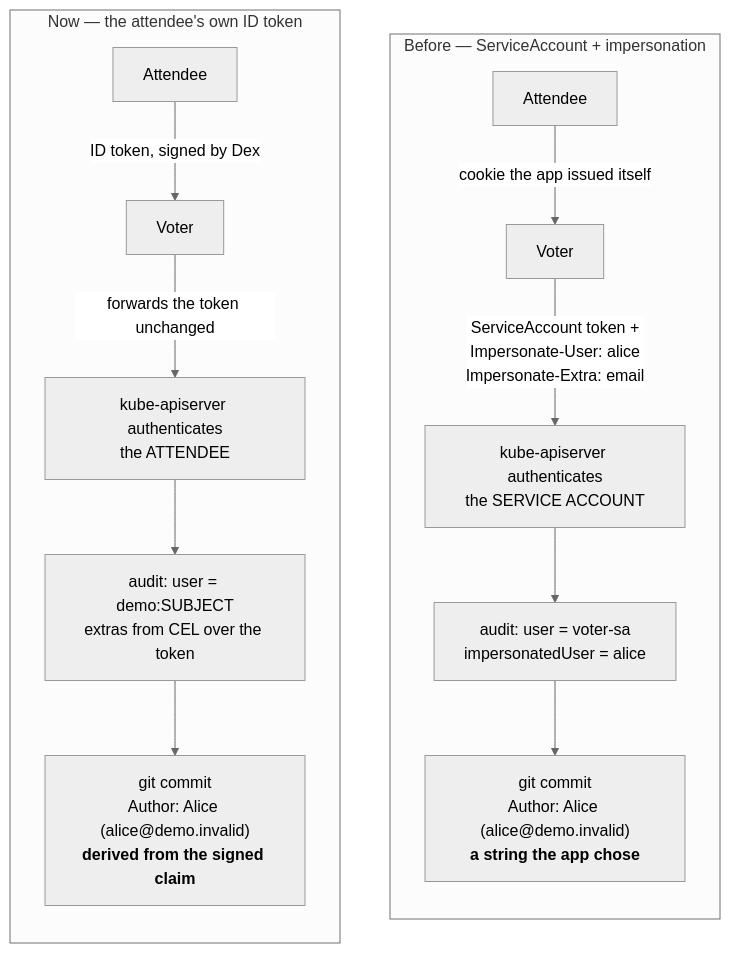
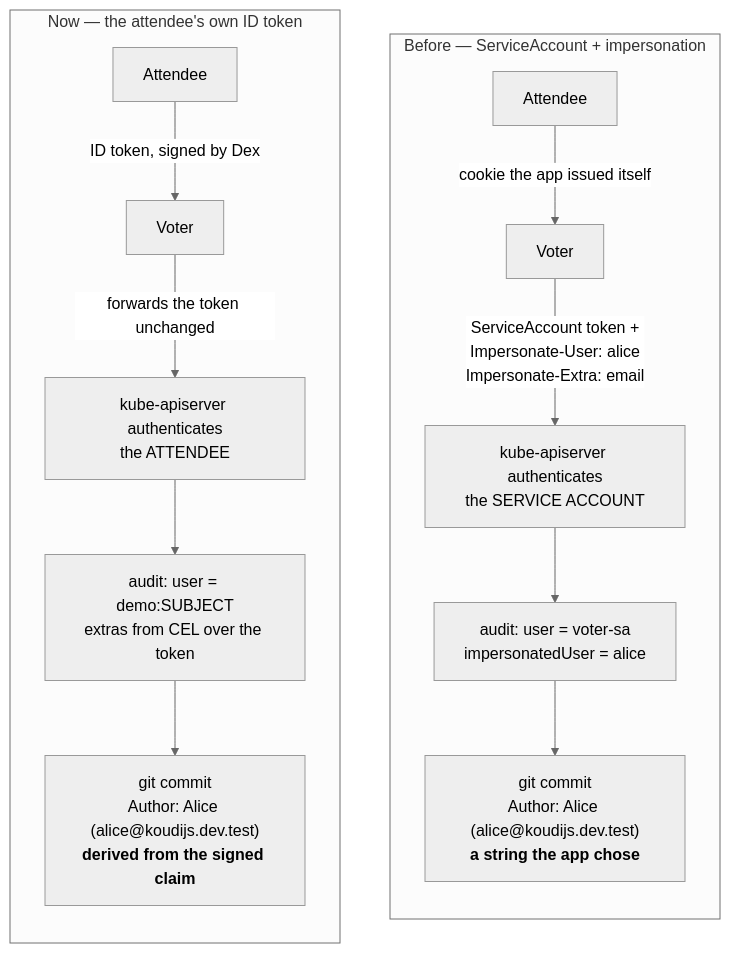
Before and after one commit to sunib/voter: the third of 4 diagrams in docs/presentation-diagrams.md, drawn with Mermaid (neutral theme). The commit also changed other lines of this file and 15 other files, not shown here.

First line of the commit message:
feat: move the demo to demo.koudijs.dev and issue @koudijs.dev.test

````diff
--- a/docs/presentation-diagrams.md
+++ b/docs/presentation-diagrams.md
@@ -113,18 +113,18 @@
 ```mermaid
 flowchart TB
     subgraph OLD["Before — ServiceAccount + impersonation"]
         direction TB
         A1["Attendee"] -->|"cookie the app issued itself"| A2["Voter"]
         A2 -->|"ServiceAccount token +<br/>Impersonate-User: alice<br/>Impersonate-Extra: email"| A3["kube-apiserver authenticates<br/>the SERVICE ACCOUNT"]
         A3 --> A4["audit: user = voter-sa<br/>impersonatedUser = alice"]
-        A4 --> A5["git commit<br/>Author: Alice (alice@demo.invalid)<br/><b>a string the app chose</b>"]
+        A4 --> A5["git commit<br/>Author: Alice (alice@koudijs.dev.test)<br/><b>a string the app chose</b>"]
     end
 
     subgraph NEW["Now — the attendee's own ID token"]
         direction TB
         B1["Attendee"] -->|"ID token, signed by Dex"| B2["Voter"]
         B2 -->|"forwards the token unchanged"| B3["kube-apiserver authenticates<br/>the ATTENDEE"]
         B3 --> B4["audit: user = demo:SUBJECT<br/>extras from CEL over the token"]
-        B4 --> B5["git commit<br/>Author: Alice (alice@demo.invalid)<br/><b>derived from the signed claim</b>"]
+        B4 --> B5["git commit<br/>Author: Alice (alice@koudijs.dev.test)<br/><b>derived from the signed claim</b>"]
     end
 ```
````
